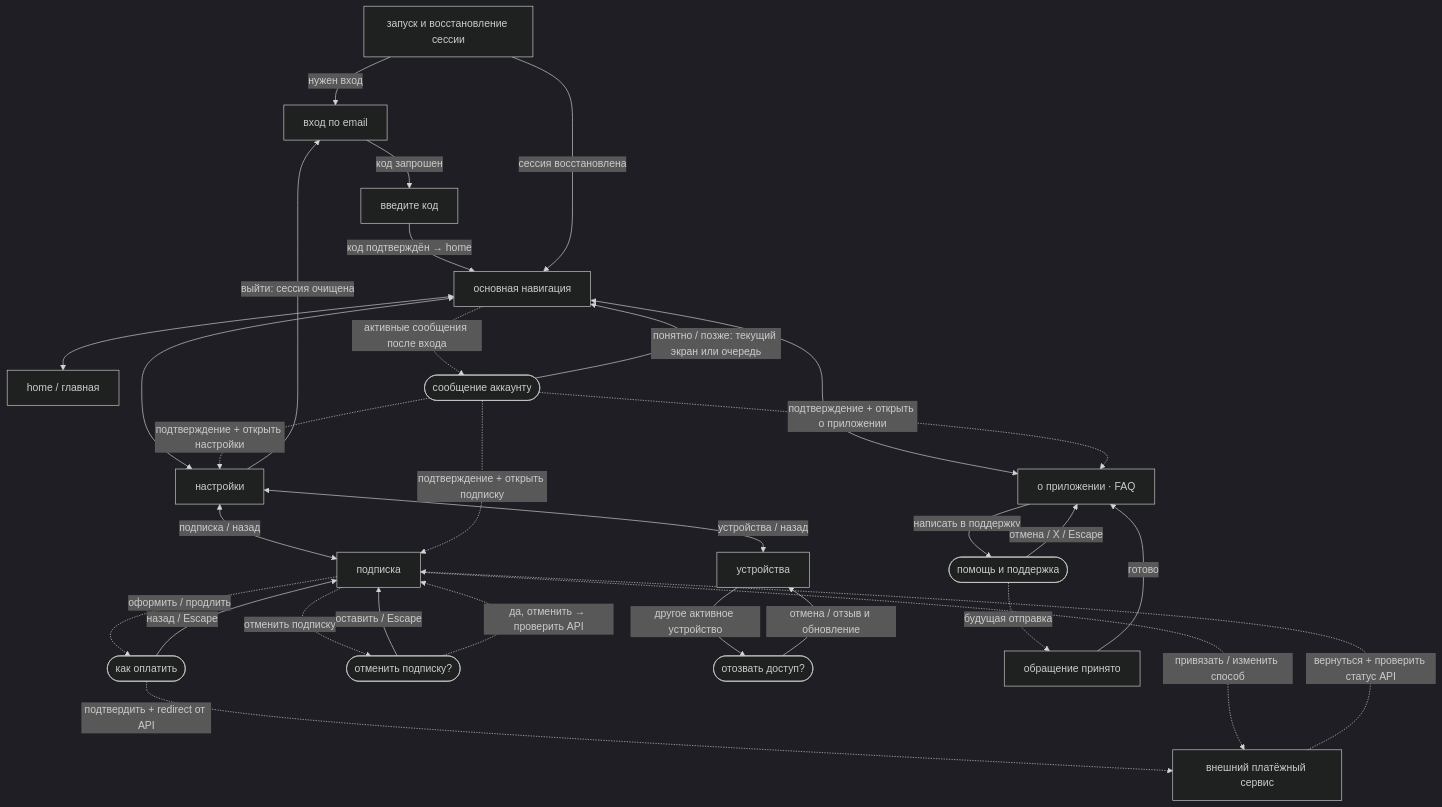
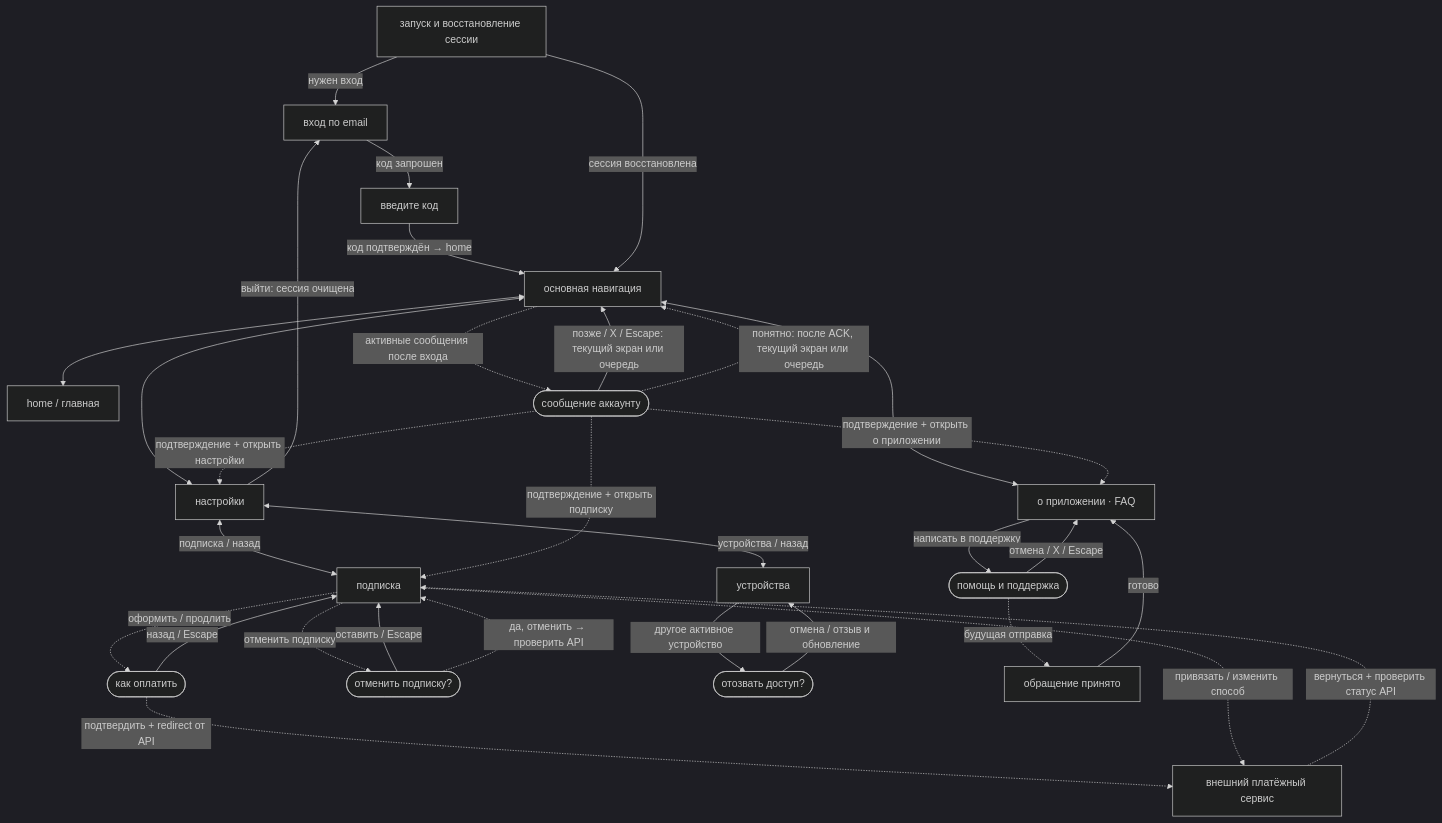
The first of 3 diagrams in docs/windows-navigation.md (romankenig/PrettyLisaVPN), drawn with Mermaid (dark theme) before and after one commit.

Commit message:
docs(windows): distinguish message deferral from server acknowledgement

````diff
--- a/docs/windows-navigation.md
+++ b/docs/windows-navigation.md
@@ -18,49 +18,50 @@
 ```mermaid
 flowchart TD
     START["запуск и восстановление сессии"]
     LOGIN["вход по email"]
     OTP["введите код"]
     NAV["основная навигация"]
     HOME["home / главная"]
     SETTINGS["настройки"]
     ABOUT["о приложении · FAQ"]
     SUB["подписка"]
     DEVICES["устройства"]
     PAY(["как оплатить"])
     CANCEL(["отменить подписку?"])
     REVOKE(["отозвать доступ?"])
     HELP(["помощь и поддержка"])
     ACCEPTED["обращение принято"]
     MESSAGE(["сообщение аккаунту"])
     BROWSER["внешний платёжный сервис"]
 
     START -->|"нужен вход"| LOGIN
     LOGIN -->|"код запрошен"| OTP
     OTP -->|"код подтверждён → home"| NAV
     START -->|"сессия восстановлена"| NAV
     NAV <--> HOME
     NAV <--> SETTINGS
     NAV <--> ABOUT
     SETTINGS <-->|"подписка / назад"| SUB
     SETTINGS <-->|"устройства / назад"| DEVICES
     SETTINGS -->|"выйти: сессия очищена"| LOGIN
     DEVICES -->|"другое активное устройство"| REVOKE
     REVOKE -->|"отмена / отзыв и обновление"| DEVICES
     ABOUT -->|"написать в поддержку"| HELP
     HELP -->|"отмена / X / Escape"| ABOUT
     HELP -.->|"будущая отправка"| ACCEPTED
     ACCEPTED -->|"готово"| ABOUT
     SUB -.->|"оформить / продлить"| PAY
     PAY -->|"назад / Escape"| SUB
     PAY -.->|"подтвердить + redirect от API"| BROWSER
     SUB -.->|"привязать / изменить способ"| BROWSER
     BROWSER -.->|"вернуться + проверить статус API"| SUB
     SUB -.->|"отменить подписку"| CANCEL
     CANCEL -->|"оставить / Escape"| SUB
     CANCEL -.->|"да, отменить → проверить API"| SUB
     NAV -.->|"активные сообщения после входа"| MESSAGE
-    MESSAGE -->|"понятно / позже: текущий экран или очередь"| NAV
+    MESSAGE -->|"позже / X / Escape: текущий экран или очередь"| NAV
+    MESSAGE -.->|"понятно: после ACK, текущий экран или очередь"| NAV
     MESSAGE -.->|"подтверждение + открыть подписку"| SUB
     MESSAGE -.->|"подтверждение + открыть настройки"| SETTINGS
     MESSAGE -.->|"подтверждение + открыть о приложении"| ABOUT
 ```
````
